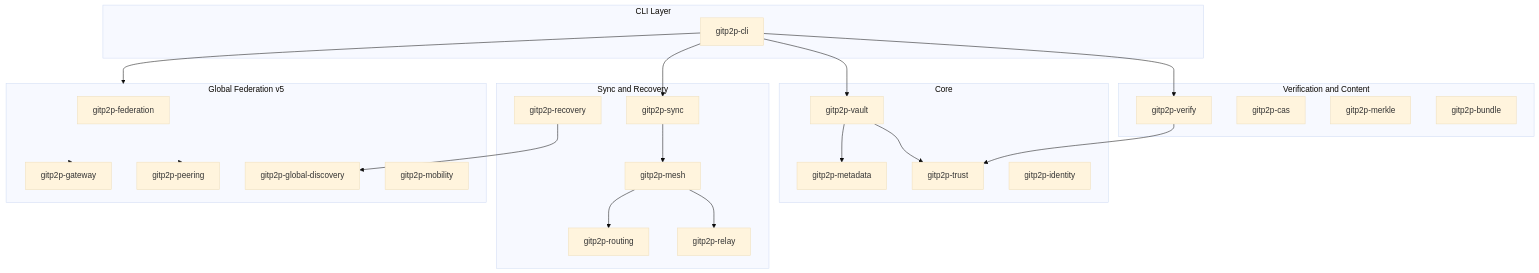
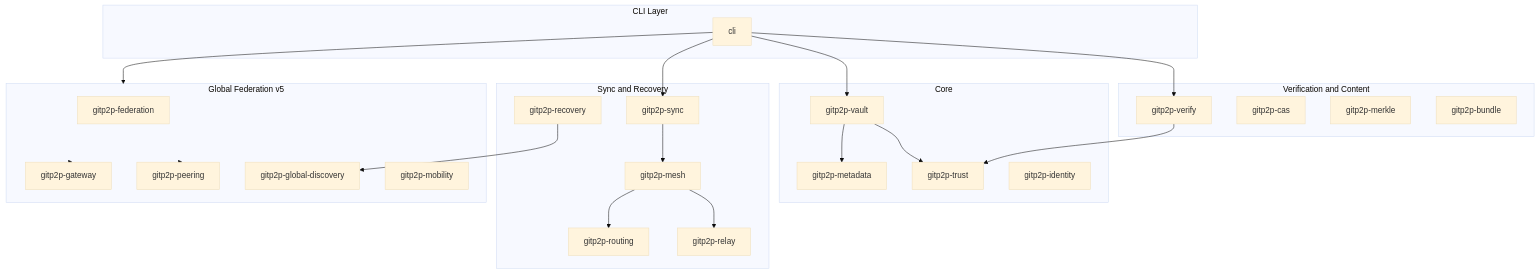
One commit to Shiva936/gitp2p changed the first of 2 diagrams in docs/architecture/OVERVIEW.md. Above: the diagram before and after it, drawn with Mermaid (base theme). The commit also changed other lines of this file and 248 other files, not shown here.

````diff
--- a/docs/architecture/OVERVIEW.md
+++ b/docs/architecture/OVERVIEW.md
@@ -40,50 +40,50 @@
 ```mermaid
 flowchart TB
   subgraph cli [CLI Layer]
-    gitp2p_cli[gitp2p-cli]
+    cli_pkg[cli]
   end
 
   subgraph core [Core]
     metadata[gitp2p-metadata]
     trust[gitp2p-trust]
     vault[gitp2p-vault]
     identity[gitp2p-identity]
   end
 
   subgraph sync_layer [Sync and Recovery]
     sync[gitp2p-sync]
     mesh[gitp2p-mesh]
     recovery[gitp2p-recovery]
     routing[gitp2p-routing]
     relay[gitp2p-relay]
   end
 
   subgraph federation [Global Federation v5]
     fed[gitp2p-federation]
     gw[gitp2p-gateway]
     peer_dom[gitp2p-peering]
     discovery[gitp2p-global-discovery]
     mobility[gitp2p-mobility]
   end
 
   subgraph verify_layer [Verification and Content]
     verify[gitp2p-verify]
     cas[gitp2p-cas]
     merkle[gitp2p-merkle]
     bundle[gitp2p-bundle]
   end
 
-  gitp2p_cli --> vault
-  gitp2p_cli --> sync
-  gitp2p_cli --> federation
-  gitp2p_cli --> verify
+  cli_pkg --> vault
+  cli_pkg --> sync
+  cli_pkg --> federation
+  cli_pkg --> verify
   vault --> trust
   vault --> metadata
   sync --> mesh
   mesh --> routing
   mesh --> relay
   federation --> gw
   federation --> peer_dom
   recovery --> discovery
   verify --> trust
 ```
````
